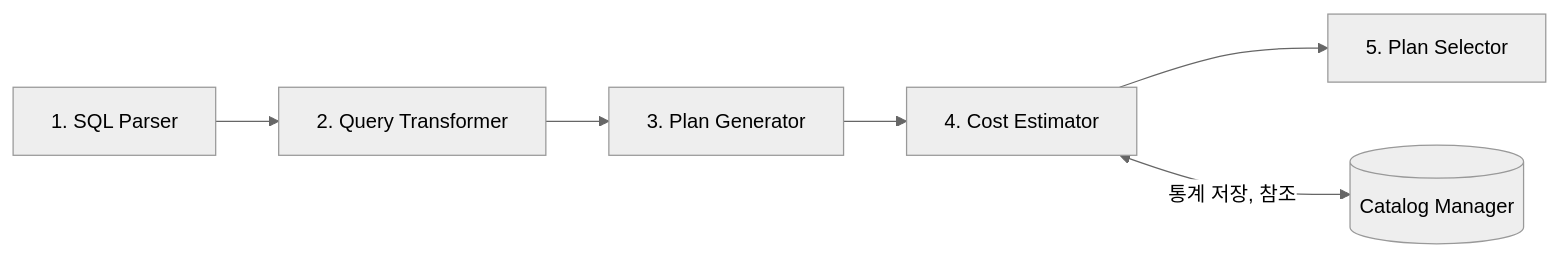
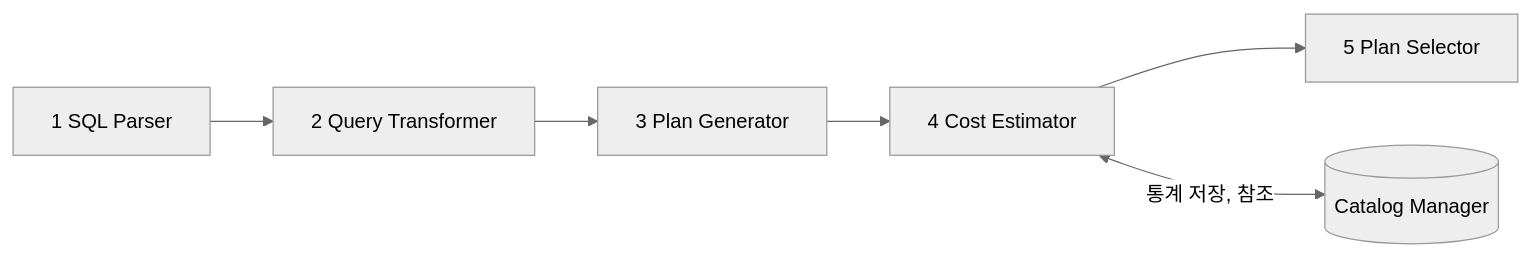
The diagram in blog/pe/db/database-optimizer.md (gracefullight/gracefullight.github.io), drawn with Mermaid (neutral theme) before and after one commit. The commit also changed other lines of this file and 18 other files, not shown here.

````diff
--- a/blog/pe/db/database-optimizer.md
+++ b/blog/pe/db/database-optimizer.md
@@ -20,7 +20,7 @@
 ```mermaid
 graph LR
-  Parser[1. SQL Parser] --> Transformer[2. Query Transformer] --> PlanGenerator[3. Plan Generator] 
-  PlanGenerator --> CostEstimator[4. Cost Estimator] --> PlanSelector[5. Plan Selector]
+  Parser[1 SQL Parser] --> Transformer[2 Query Transformer] --> PlanGenerator[3 Plan Generator] 
+  PlanGenerator --> CostEstimator[4 Cost Estimator] --> PlanSelector[5 Plan Selector]
 
   CostEstimator <--> |통계 저장, 참조| CatalogManager[(Catalog Manager)]
 ```
````
